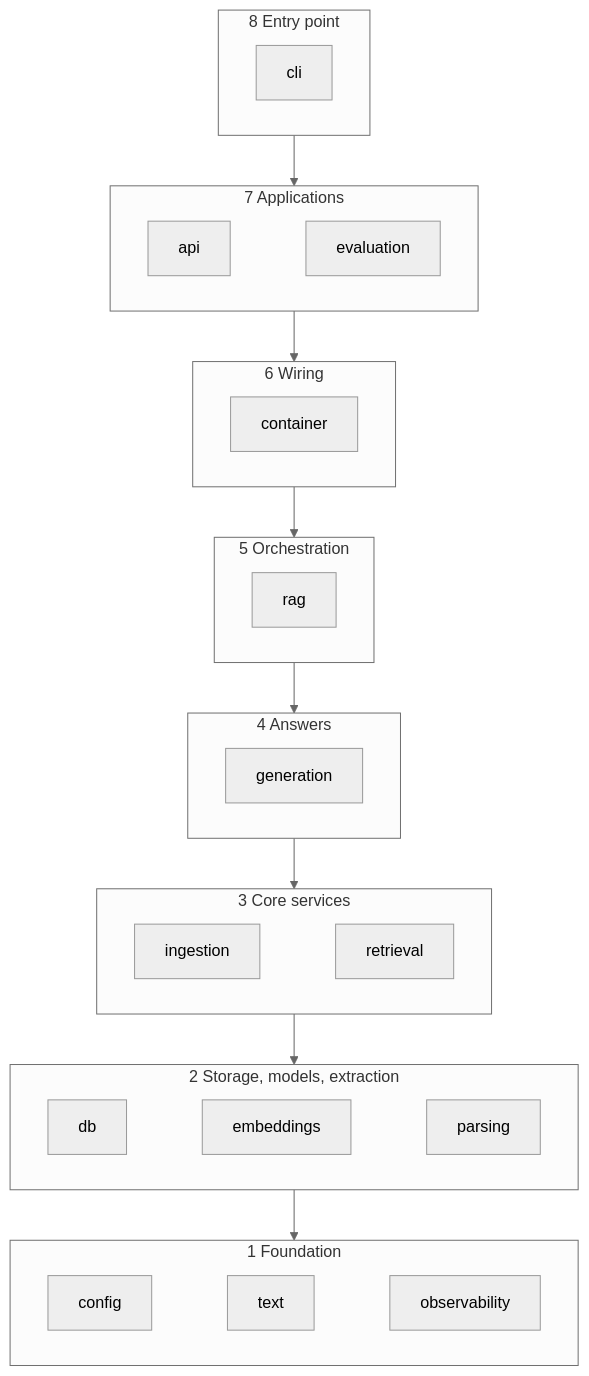
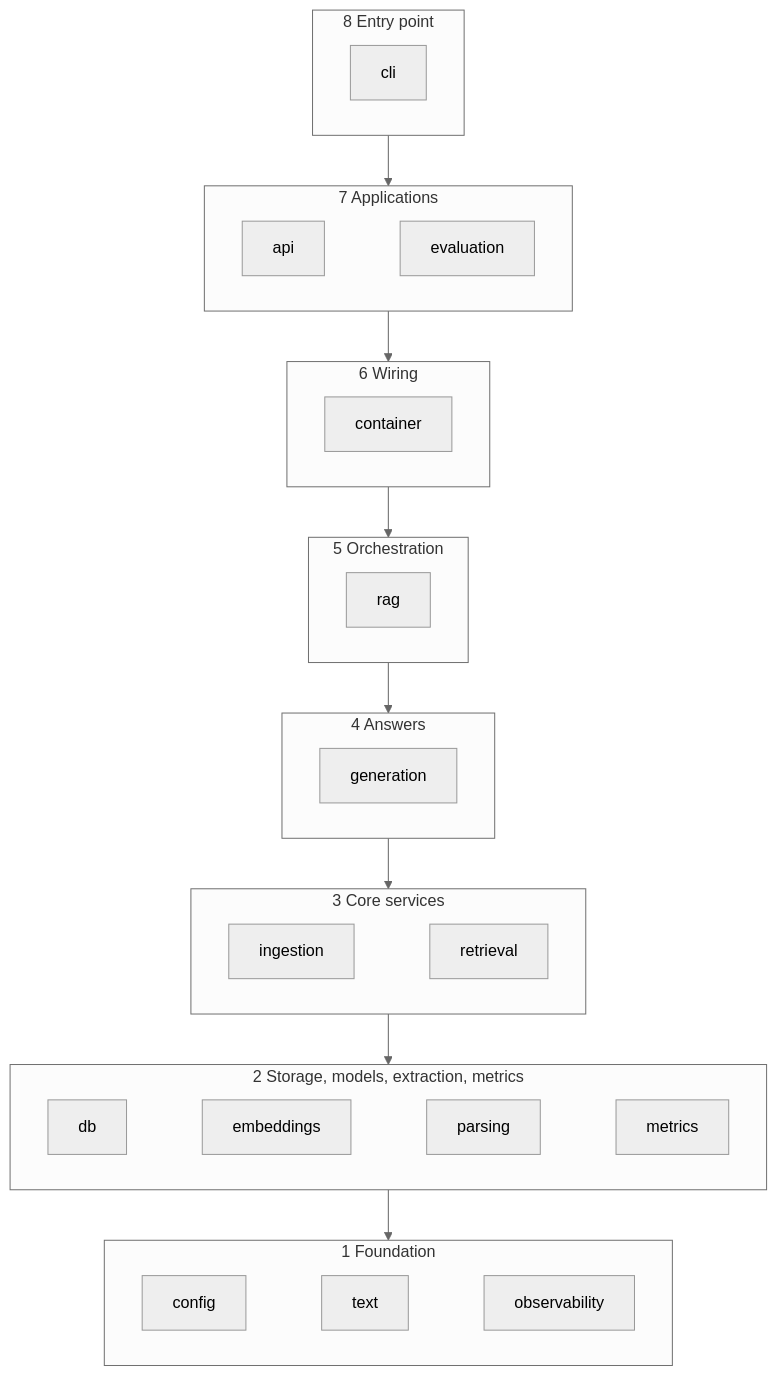
The second of 7 diagrams in docs/architecture.md (saicharan-nidiganti/production-rag), drawn with Mermaid (neutral theme) before and after one commit. The commit also changed other lines of this file and 30 other files, not shown here.

````diff
--- a/docs/architecture.md
+++ b/docs/architecture.md
@@ -90,36 +91,36 @@
 ```mermaid
 flowchart TB
     subgraph L8["8 Entry point"]
         direction LR
         cli
     end
     subgraph L7["7 Applications"]
         direction LR
         api ~~~ evaluation
     end
     subgraph L6["6 Wiring"]
         direction LR
         container
     end
     subgraph L5["5 Orchestration"]
         direction LR
         rag
     end
     subgraph L4["4 Answers"]
         direction LR
         generation
     end
     subgraph L3["3 Core services"]
         direction LR
         ingestion ~~~ retrieval
     end
-    subgraph L2["2 Storage, models, extraction"]
+    subgraph L2["2 Storage, models, extraction, metrics"]
         direction LR
-        db ~~~ embeddings ~~~ parsing
+        db ~~~ embeddings ~~~ parsing ~~~ metrics
     end
     subgraph L1["1 Foundation"]
         direction LR
         config ~~~ text ~~~ observability
     end
     L8 --> L7 --> L6 --> L5 --> L4 --> L3 --> L2 --> L1
 ```
````
